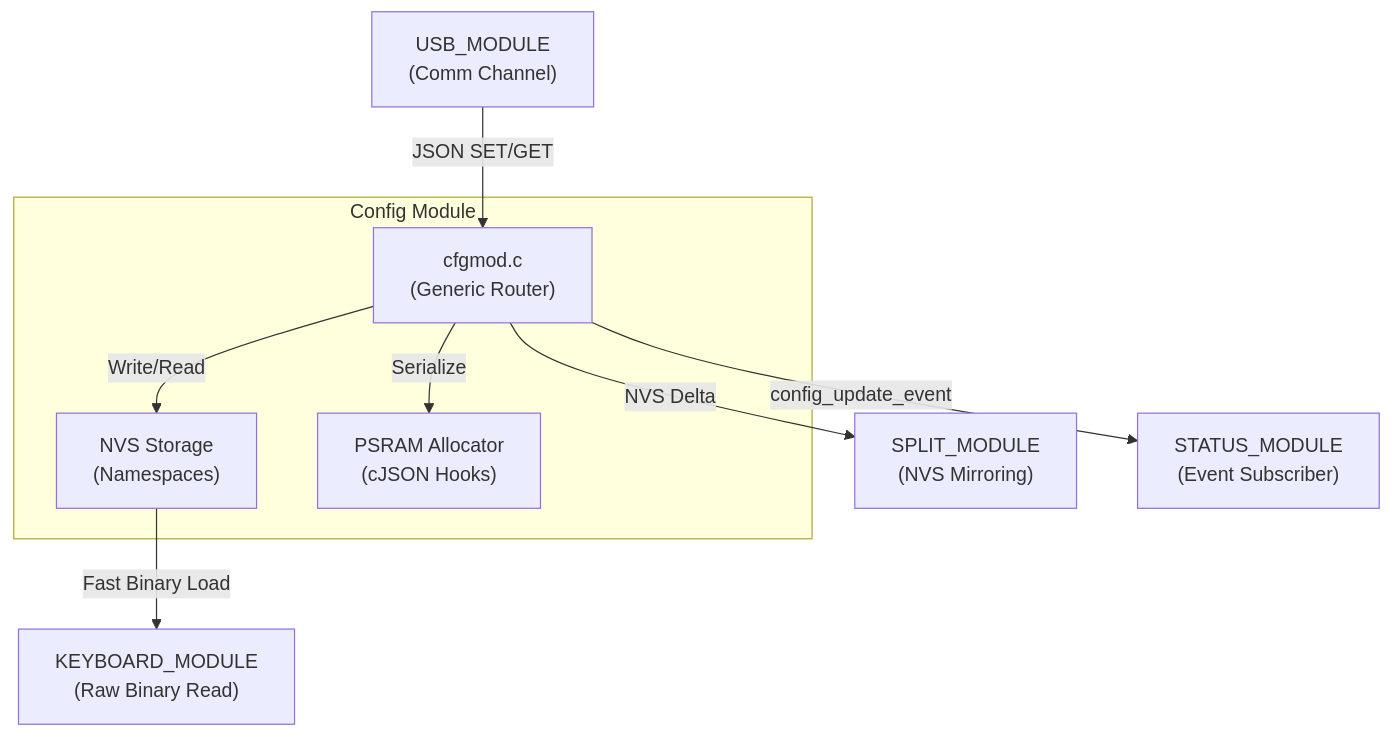
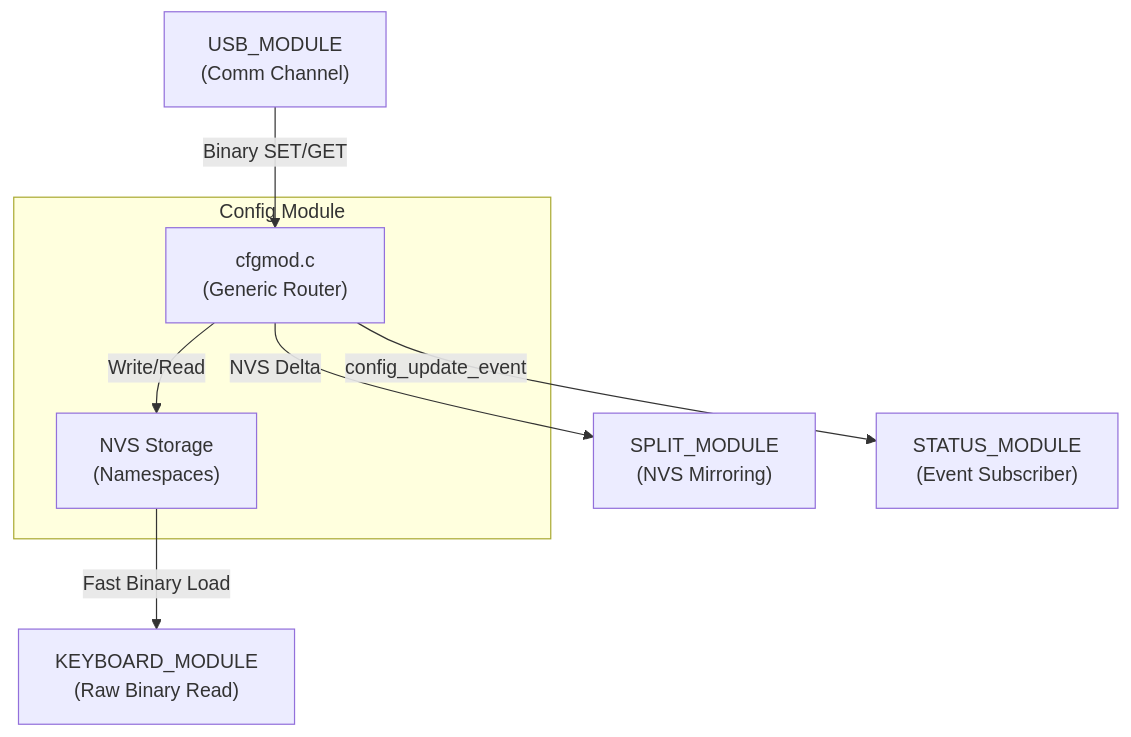
One commit to frentuka/Tecleados-ESP-Firmware changed the diagram in universe/modules/CONFIG_MODULE.md. Above: the diagram before and after it, drawn with Mermaid. The commit also changed other lines of this file and 14 other files, not shown here.

````diff
--- a/universe/modules/CONFIG_MODULE.md
+++ b/universe/modules/CONFIG_MODULE.md
@@ -91,21 +89,19 @@
 ```mermaid
 graph TD
     subgraph config_module ["Config Module"]
         CM["cfgmod.c<br/>(Generic Router)"]
         NVS["NVS Storage<br/>(Namespaces)"]
-        PSRAM["PSRAM Allocator<br/>(cJSON Hooks)"]
     end
 
     USB["USB_MODULE<br/>(Comm Channel)"]
     KB["KEYBOARD_MODULE<br/>(Raw Binary Read)"]
     SPLIT["SPLIT_MODULE<br/>(NVS Mirroring)"]
     STATUS["STATUS_MODULE<br/>(Event Subscriber)"]
 
-    USB -- "JSON SET/GET" --> CM
-    CM -- "Serialize" --> PSRAM
+    USB -- "Binary SET/GET" --> CM
     CM -- "Write/Read" --> NVS
     
     NVS -- "Fast Binary Load" --> KB
     CM -- "config_update_event" --> STATUS
     CM -- "NVS Delta" --> SPLIT
 ```
````
